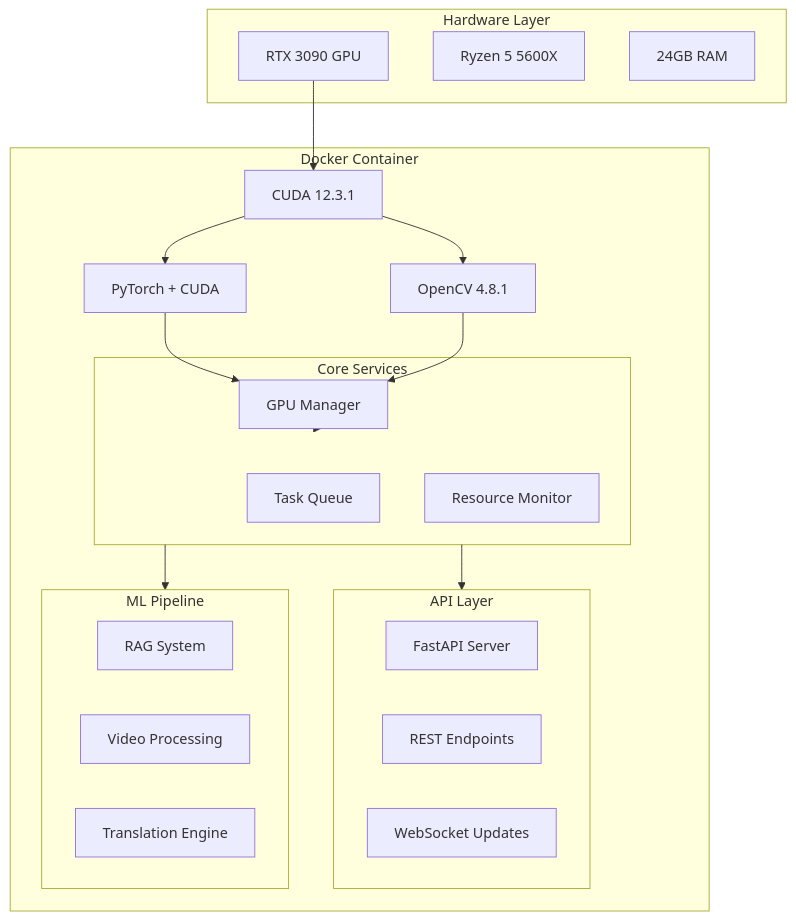
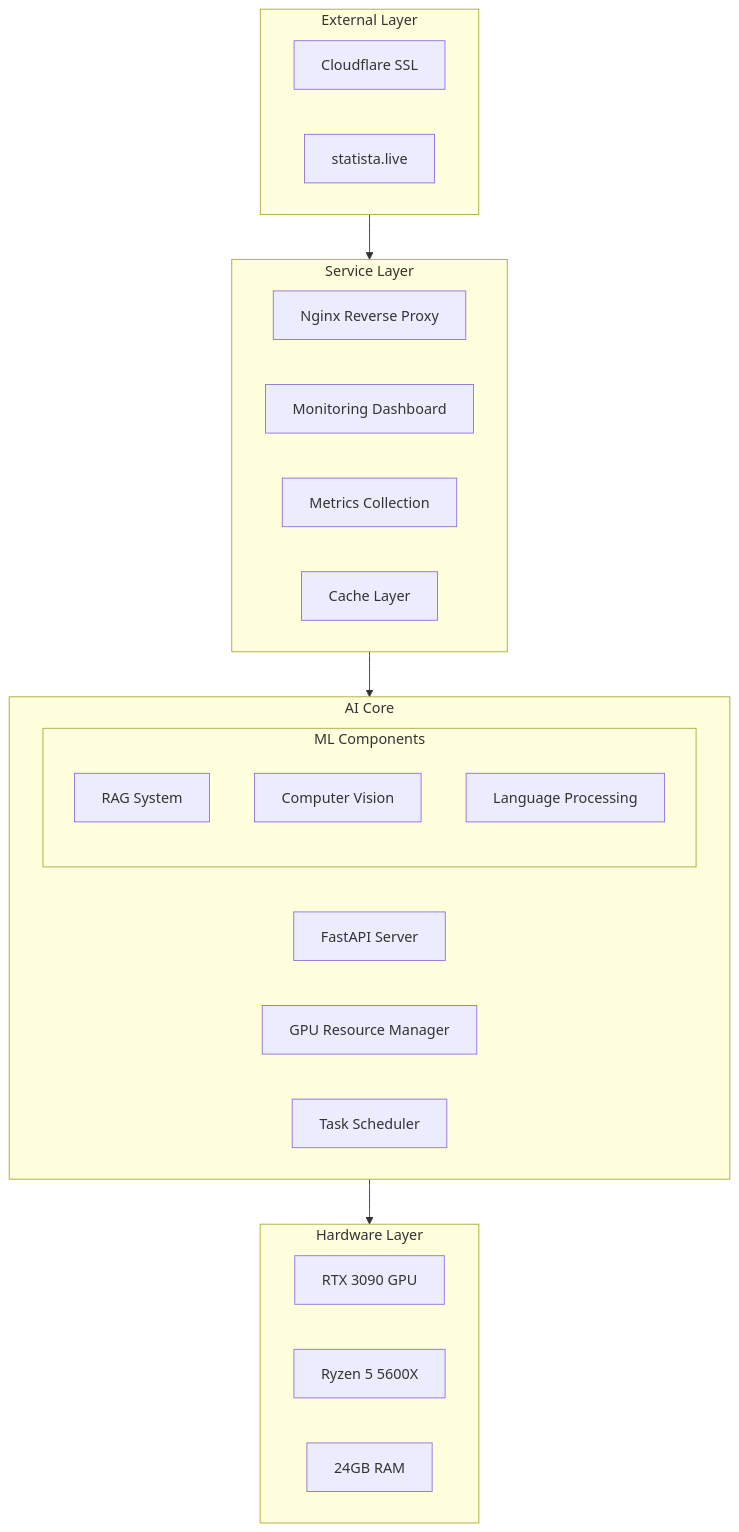
The first of 2 diagrams in README.md (geek2geeks/server-ai), drawn with Mermaid before and after one commit. The commit also changed other lines of this file and 3 other files, not shown here.

First line of the commit message:
feat(infrastructure): Add GPU server infrastructure

````diff
--- a/README.md
+++ b/README.md
@@ -14,41 +16,36 @@
 ```mermaid
-flowchart TB
+graph TB
+    subgraph External["External Layer"]
+        CloudFlare["Cloudflare SSL"]
+        Domain["statista.live"]
+    end
+
+    subgraph Services["Service Layer"]
+        Nginx["Nginx Reverse Proxy"]
+        Grafana["Monitoring Dashboard"]
+        Prometheus["Metrics Collection"]
+        Redis["Cache Layer"]
+    end
+
+    subgraph Core["AI Core"]
+        API["FastAPI Server"]
+        GPUMgr["GPU Resource Manager"]
+        TaskQueue["Task Scheduler"]
+        
+        subgraph ML["ML Components"]
+            RAG["RAG System"]
+            CV["Computer Vision"]
+            NLP["Language Processing"]
+        end
+    end
+
     subgraph Hardware["Hardware Layer"]
         GPU["RTX 3090 GPU"]
         CPU["Ryzen 5 5600X"]
-        MEM["24GB RAM"]
+        Memory["24GB RAM"]
     end
 
-    subgraph Container["Docker Container"]
-        CUDA["CUDA 12.3.1"]
-        PyTorch["PyTorch + CUDA"]
-        OpenCV["OpenCV 4.8.1"]
-        
-        subgraph Core["Core Services"]
-            GPUManager["GPU Manager"]
-            TaskQueue["Task Queue"]
-            Monitor["Resource Monitor"]
-        end
-        
-        subgraph API["API Layer"]
-            FastAPI["FastAPI Server"]
-            Endpoints["REST Endpoints"]
-            WebSocket["WebSocket Updates"]
-        end
-        
-        subgraph ML["ML Pipeline"]
-            RAG["RAG System"]
-            VideoProc["Video Processing"]
-            Translation["Translation Engine"]
-        end
-    end
-
-    GPU --> CUDA
-    CUDA --> PyTorch
-    CUDA --> OpenCV
-    PyTorch --> GPUManager
-    OpenCV --> GPUManager
-    GPUManager --> Core
-    Core --> API
-    Core --> ML
+    External --> Services
+    Services --> Core
+    Core --> Hardware
 ```
````
